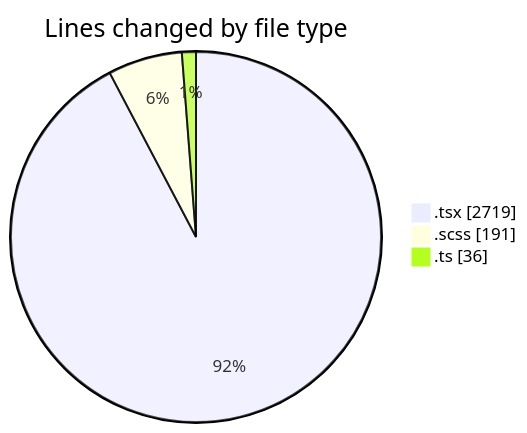
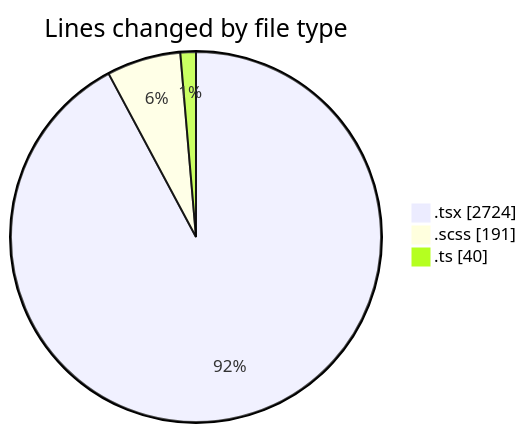
One commit to momahboobian/code-tracking changed the first of 2 diagrams in 2025-04-04/cda/README.md. Above: the diagram before and after it, drawn with Mermaid. The commit also changed other lines of this file and 1 other file, not shown here.

````diff
--- a/2025-04-04/cda/README.md
+++ b/2025-04-04/cda/README.md
@@ -32,7 +32,7 @@
 ```mermaid
 pie showData
 title Lines changed by file type
-".tsx" : 2719
+".tsx" : 2724
 ".scss" : 191
-".ts" : 36
+".ts" : 40
 ```
````
